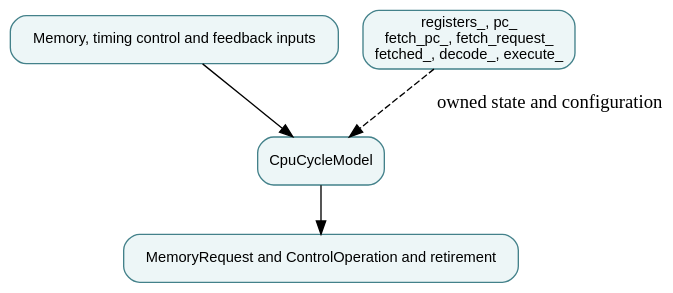
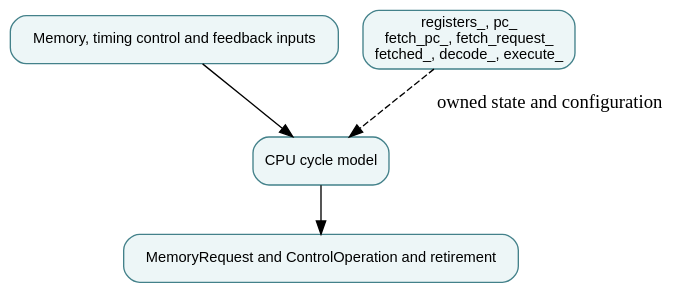
Before and after one commit to qsbit-org/qsbit-sim: the diagram in docs/modules/cpu-cycle-model.md, drawn with Graphviz. The commit also changed other lines of this file and 17 other files, not shown here.

````diff
--- a/docs/modules/cpu-cycle-model.md
+++ b/docs/modules/cpu-cycle-model.md
@@ -20,11 +26,11 @@
 ```{graphviz}
 digraph module {
   rankdir=TB; bgcolor="transparent";
   node [shape=box, style="rounded,filled", fillcolor="#edf6f7", color="#43818a", fontname="sans-serif", fontsize=11];
   input [label="Memory, timing control and feedback inputs"];
-  owner [label="CpuCycleModel"];
+  owner [label="CPU cycle model"];
   state [label="registers_, pc_\nfetch_pc_, fetch_request_\nfetched_, decode_, execute_"];
   output [label="MemoryRequest and ControlOperation and retirement"];
   input -> owner; owner -> output; state -> owner [style=dashed, label="owned state and configuration"];
 }
 ```
````
